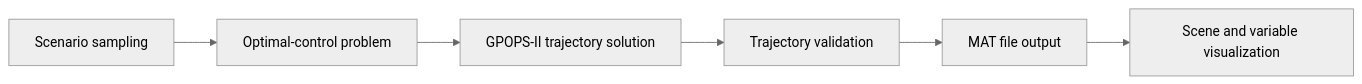
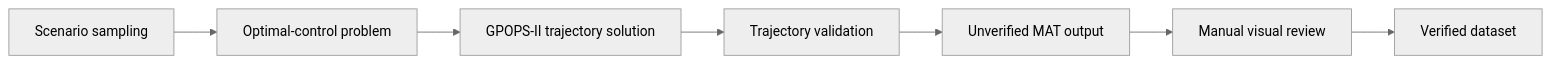
One commit to CheeseLNi/MIST-GNN-for-Full-Scale-Trajectory-Prediction-in-UAV-Ground-Penetration changed the diagram in README.md. Above: the diagram before and after it, drawn with Mermaid (neutral theme). The commit also changed other lines of this file and 7 other files, not shown here.

Commit message:
Enhance dataset review GUI and docs

````diff
--- a/README.md
+++ b/README.md
@@ -36,8 +36,9 @@
 ```mermaid
 flowchart LR
     A["Scenario sampling"] --> B["Optimal-control problem"]
     B --> C["GPOPS-II trajectory solution"]
     C --> D["Trajectory validation"]
-    D --> E["MAT file output"]
-    E --> F["Scene and variable visualization"]
+    D --> E["Unverified MAT output"]
+    E --> F["Manual visual review"]
+    F --> G["Verified dataset"]
 ```
````
